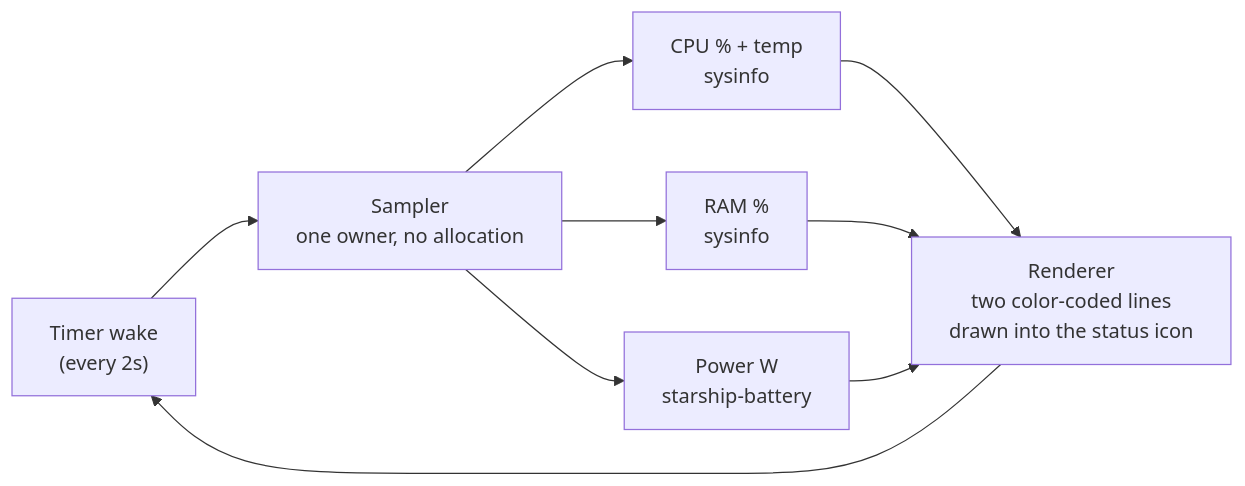
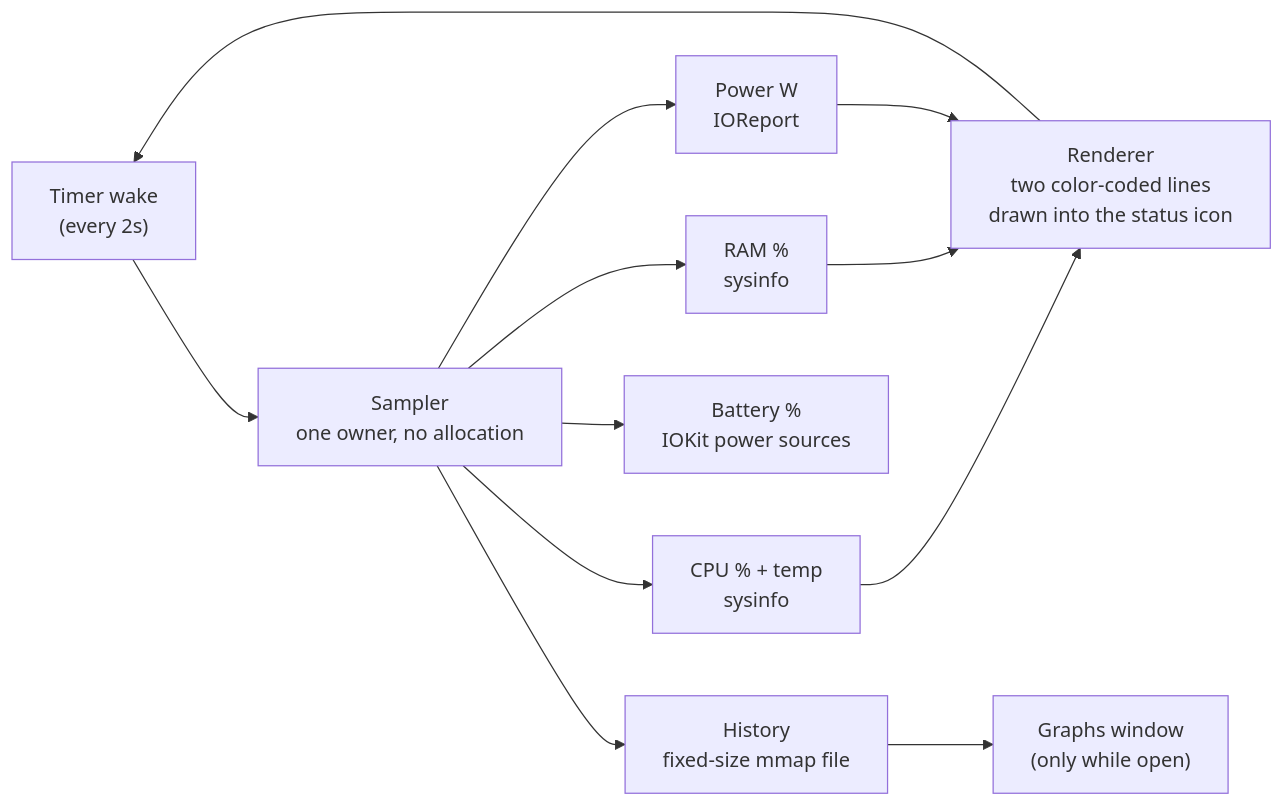
One commit to nim444/featherbar changed the diagram in README.md. Above: the diagram before and after it, drawn with Mermaid. The commit also changed other lines of this file, not shown here.

First line of the commit message:
docs: README for the graphs window, history file and battery graph

````diff
--- a/README.md
+++ b/README.md
@@ -45,11 +47,14 @@
 ```mermaid
 flowchart LR
     T["Timer wake<br/>(every 2s)"] --> S["Sampler<br/>one owner, no allocation"]
     S --> C["CPU % + temp<br/>sysinfo"]
     S --> R["RAM %<br/>sysinfo"]
-    S --> P["Power W<br/>starship-battery"]
+    S --> P["Power W<br/>IOReport"]
+    S --> B["Battery %<br/>IOKit power sources"]
     C --> O["Renderer<br/>two color-coded lines<br/>drawn into the status icon"]
     R --> O
     P --> O
+    S --> H["History<br/>fixed-size mmap file"]
+    H --> G["Graphs window<br/>(only while open)"]
     O --> T
 ```
````
